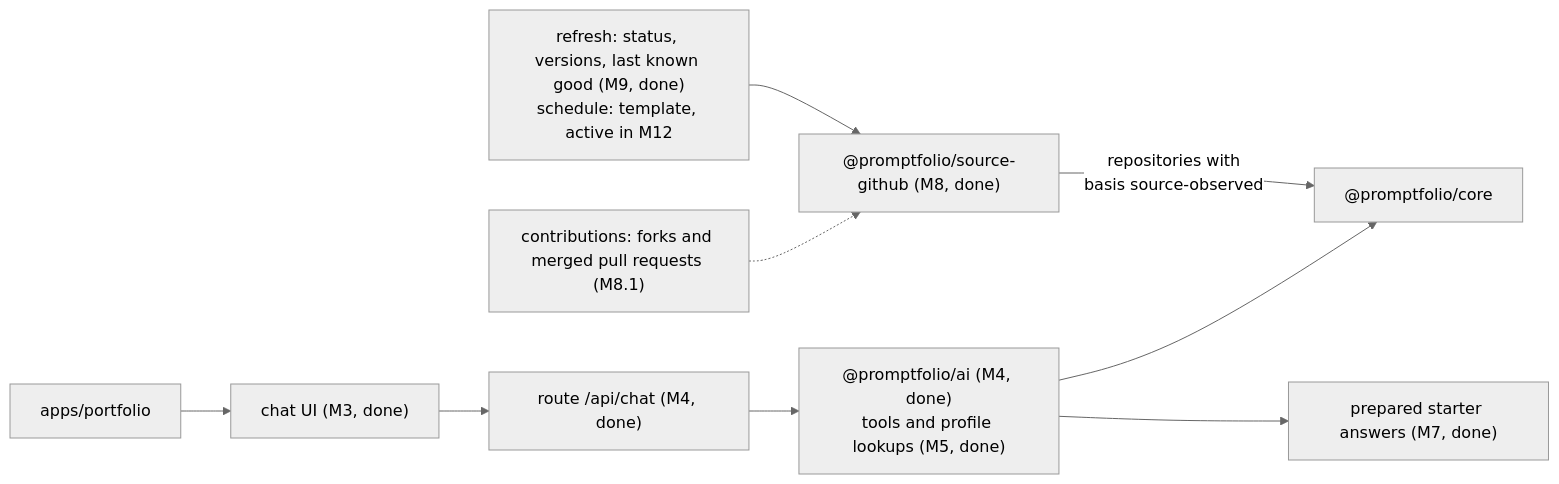
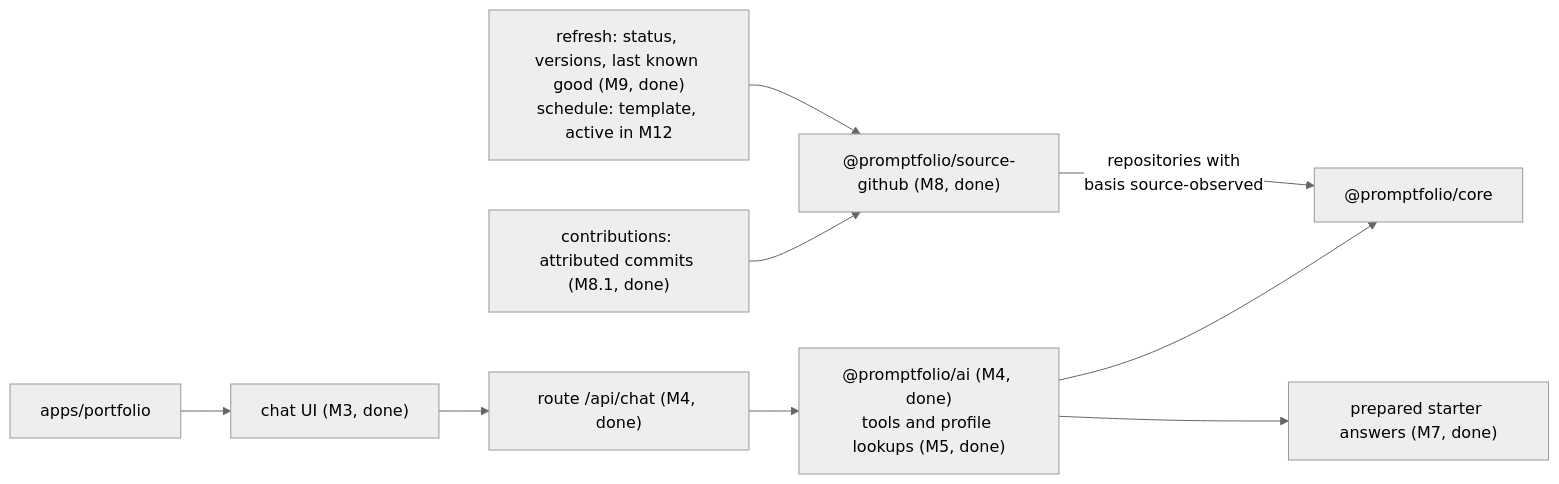
The sixth of 6 diagrams in docs/ARCHITECTURE.md (promptfolios/promptfolio), drawn with Mermaid (neutral theme) before and after one commit. The commit also changed other lines of this file and 5 other files, not shown here.

````diff
--- a/docs/ARCHITECTURE.md
+++ b/docs/ARCHITECTURE.md
@@ -305,11 +310,11 @@
 ```mermaid
 flowchart LR
     app["apps/portfolio"] --> ui["chat UI (M3, done)"]
     ui --> route["route /api/chat (M4, done)"]
     route --> ai["@promptfolio/ai (M4, done)<br/>tools and profile lookups (M5, done)"]
     ai --> core["@promptfolio/core"]
     ai --> prepared["prepared starter answers (M7, done)"]
     github["@promptfolio/source-github (M8, done)"] -- "repositories with<br/>basis source-observed" --> core
-    contributions["contributions: forks and merged pull requests (M8.1)"] -.-> github
+    contributions["contributions: attributed commits (M8.1, done)"] --> github
     refresh["refresh: status, versions, last known good (M9, done)<br/>schedule: template, active in M12"] --> github
 ```
````
